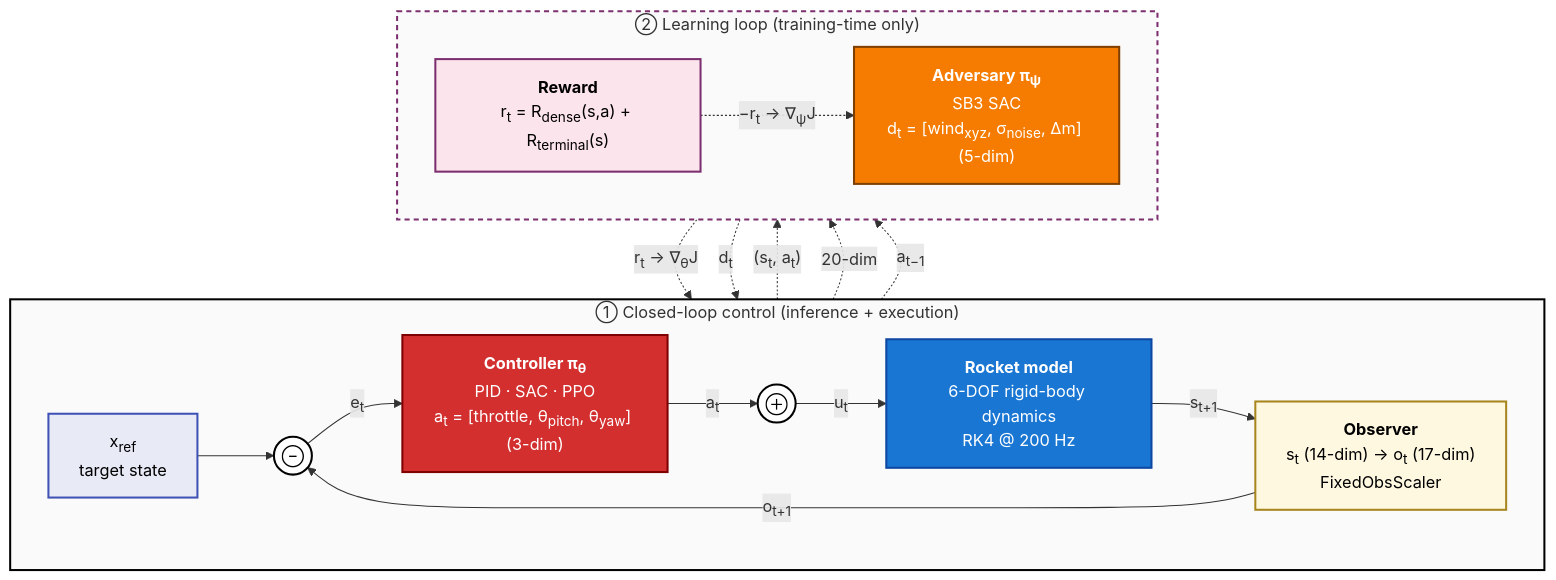
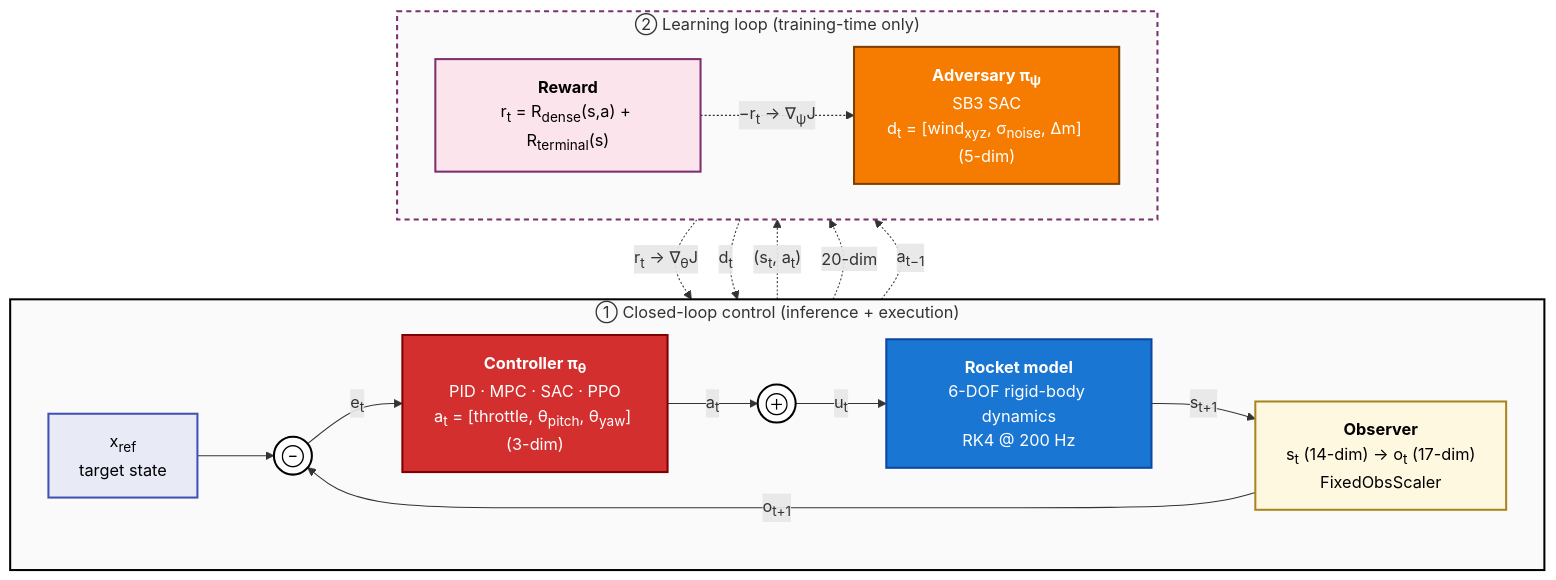
The diagram in README.md (badkoubeh/zeta-bench), drawn with Mermaid before and after one commit. The commit also changed other lines of this file and 19 other files, not shown here.

````diff
--- a/README.md
+++ b/README.md
@@ -153,43 +154,43 @@
 ```mermaid
 flowchart TB
     classDef ctrl    fill:#d32f2f,stroke:#7f0000,color:#fff,stroke-width:2px
     classDef plant   fill:#1976d2,stroke:#0d47a1,color:#fff,stroke-width:2px
     classDef sensor  fill:#fff8e1,stroke:#a8861f,color:#000,stroke-width:2px
     classDef reward  fill:#fce4ec,stroke:#7c2f6f,color:#000,stroke-width:2px
     classDef adv     fill:#f57c00,stroke:#7f3f00,color:#fff,stroke-width:2px
     classDef sum     fill:#fff,stroke:#000,color:#000,stroke-width:2px
     classDef ref     fill:#e8eaf6,stroke:#3f51b5,color:#000,stroke-width:2px
 
     subgraph control ["① Closed-loop control (inference + execution)"]
         direction LR
         REF["x<sub>ref</sub><br/>target state"]:::ref
         SUM_E(("⊖")):::sum
-        CTRL["<b>Controller π<sub>θ</sub></b><br/>PID · SAC · PPO<br/>a<sub>t</sub> = [throttle, θ<sub>pitch</sub>, θ<sub>yaw</sub>] (3-dim)"]:::ctrl
+        CTRL["<b>Controller π<sub>θ</sub></b><br/>PID · MPC · SAC · PPO<br/>a<sub>t</sub> = [throttle, θ<sub>pitch</sub>, θ<sub>yaw</sub>] (3-dim)"]:::ctrl
         SUM_U(("⊕")):::sum
         PLANT["<b>Rocket model</b><br/>6-DOF rigid-body dynamics<br/>RK4 @ 200 Hz"]:::plant
         OBS["<b>Observer</b><br/>s<sub>t</sub> (14-dim) → o<sub>t</sub> (17-dim)<br/>FixedObsScaler"]:::sensor
 
         REF --> SUM_E
         SUM_E -- "e<sub>t</sub>" --> CTRL
         CTRL -- "a<sub>t</sub>" --> SUM_U
         SUM_U -- "u<sub>t</sub>" --> PLANT
         PLANT -- "s<sub>t+1</sub>" --> OBS
         OBS -- "o<sub>t+1</sub>" --> SUM_E
     end
 
     subgraph learning ["② Learning loop (training-time only)"]
         direction LR
         REW["<b>Reward</b><br/>r<sub>t</sub> = R<sub>dense</sub>(s,a) + R<sub>terminal</sub>(s)"]:::reward
         ADV["<b>Adversary π<sub>ψ</sub></b><br/>SB3 SAC<br/>d<sub>t</sub> = [wind<sub>xyz</sub>, σ<sub>noise</sub>, Δm] (5-dim)"]:::adv
     end
 
     PLANT -. "(s<sub>t</sub>, a<sub>t</sub>)" .-> REW
     REW -. "r<sub>t</sub> → ∇<sub>θ</sub>J" .-> CTRL
     REW -. "−r<sub>t</sub> → ∇<sub>ψ</sub>J" .-> ADV
     OBS -. "20-dim" .-> ADV
     CTRL -. "a<sub>t−1</sub>" .-> ADV
     ADV -. "d<sub>t</sub>" .-> SUM_U
 
     style control fill:#fafafa,stroke:#000,stroke-width:2px
     style learning fill:#fafafa,stroke:#7c2f6f,stroke-width:2px,stroke-dasharray:5 4
 ```
````
